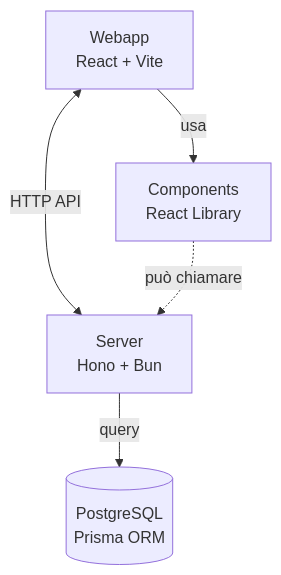
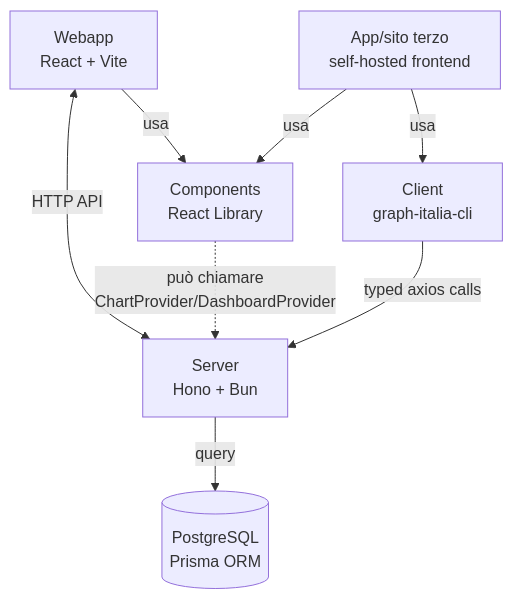
The third of 14 diagrams in README.md (italia/graph-italia), drawn with Mermaid before and after one commit. The commit also changed other lines of this file and 5 other files, not shown here.

````diff
--- a/README.md
+++ b/README.md
@@ -472,12 +560,16 @@
 ```mermaid
 graph TB
     Webapp[Webapp<br/>React + Vite]
     Components[Components<br/>React Library]
+    Client[Client<br/>graph-italia-cli]
     Server[Server<br/>Hono + Bun]
     DB[(PostgreSQL<br/>Prisma ORM)]
 
     Webapp -->|usa| Components
     Webapp <-->|HTTP API| Server
     Server -->|query| DB
-    Components -.->|può chiamare| Server
+    Components -.->|può chiamare<br/>ChartProvider/DashboardProvider| Server
+    Client -->|typed axios calls| Server
+    ExternalApp[App/sito terzo<br/>self-hosted frontend] -->|usa| Client
+    ExternalApp -->|usa| Components
 ```
````
